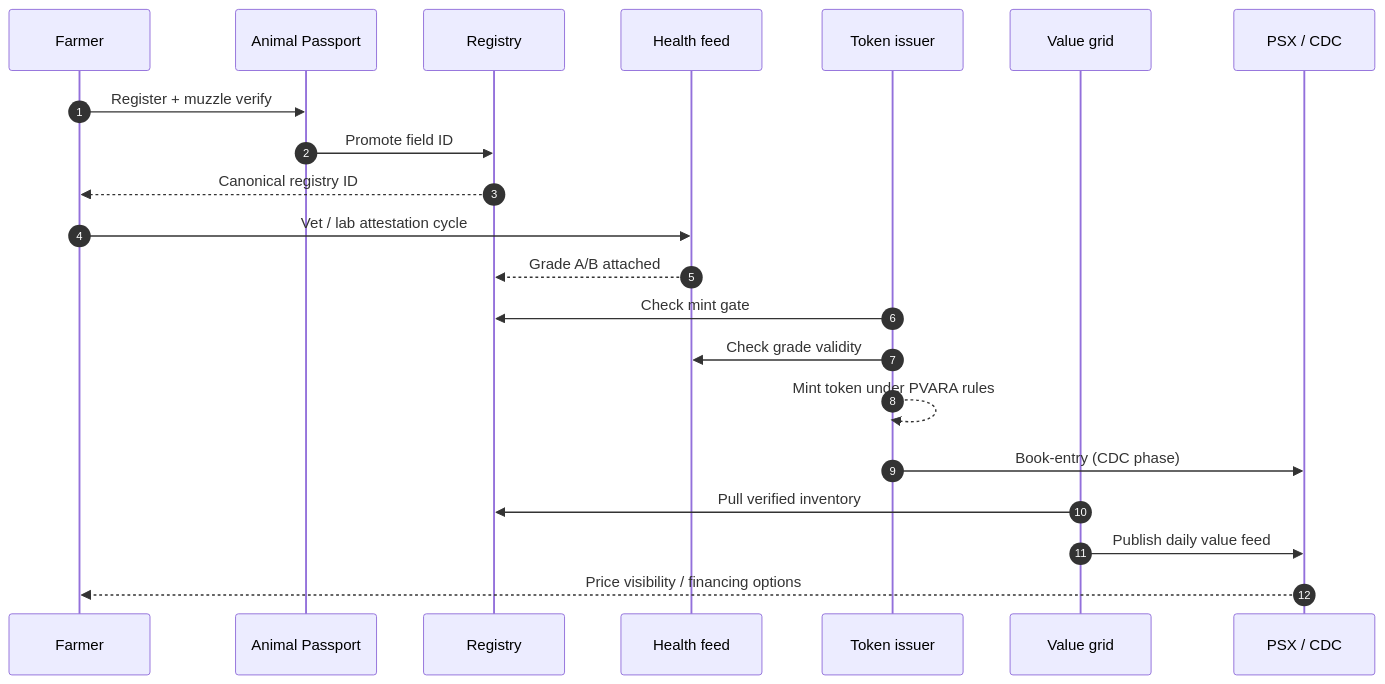
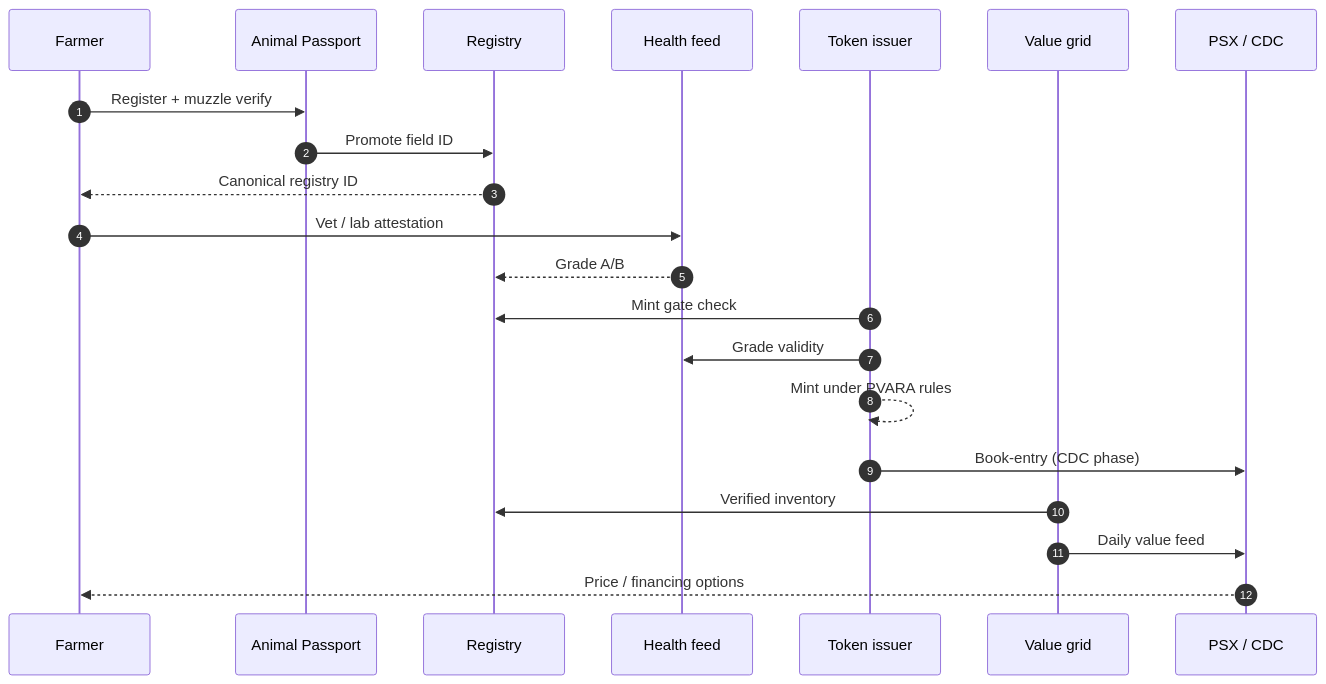
Before and after one commit to AmmarJamshed/livestock-smart-asset-stack-whitepaper: the second of 3 diagrams in 08-architecture.md, drawn with Mermaid. The commit also changed other lines of this file and 13 other files, not shown here.

Commit message:
style: colourful GitBook theme, hints, and diagram polish

````diff
--- a/08-architecture.md
+++ b/08-architecture.md
@@ -57,23 +60,23 @@
 ```mermaid
 sequenceDiagram
   autonumber
   participant Farmer
   participant Passport as Animal Passport
   participant Registry
   participant Health as Health feed
   participant Issuer as Token issuer
   participant Grid as Value grid
   participant Market as PSX / CDC
   Farmer->>Passport: Register + muzzle verify
   Passport->>Registry: Promote field ID
   Registry-->>Farmer: Canonical registry ID
-  Farmer->>Health: Vet / lab attestation cycle
-  Health-->>Registry: Grade A/B attached
-  Issuer->>Registry: Check mint gate
-  Issuer->>Health: Check grade validity
-  Issuer-->>Issuer: Mint token under PVARA rules
+  Farmer->>Health: Vet / lab attestation
+  Health-->>Registry: Grade A/B
+  Issuer->>Registry: Mint gate check
+  Issuer->>Health: Grade validity
+  Issuer-->>Issuer: Mint under PVARA rules
   Issuer->>Market: Book-entry (CDC phase)
-  Grid->>Registry: Pull verified inventory
-  Grid->>Market: Publish daily value feed
-  Market-->>Farmer: Price visibility / financing options
+  Grid->>Registry: Verified inventory
+  Grid->>Market: Daily value feed
+  Market-->>Farmer: Price / financing options
 ```
````
